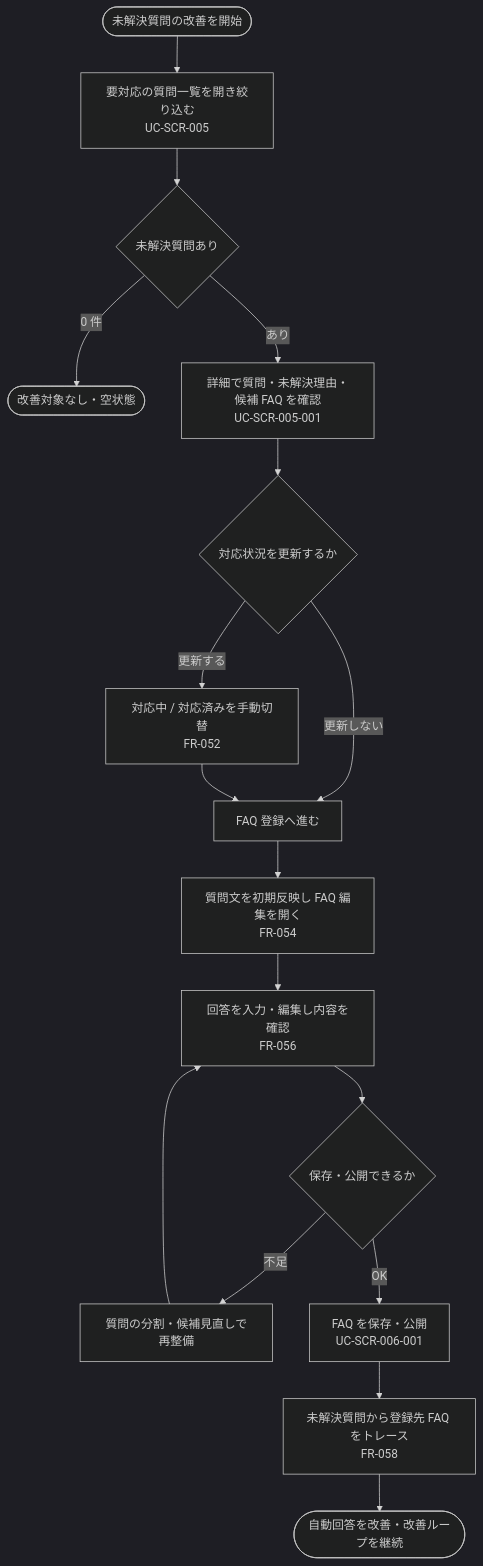
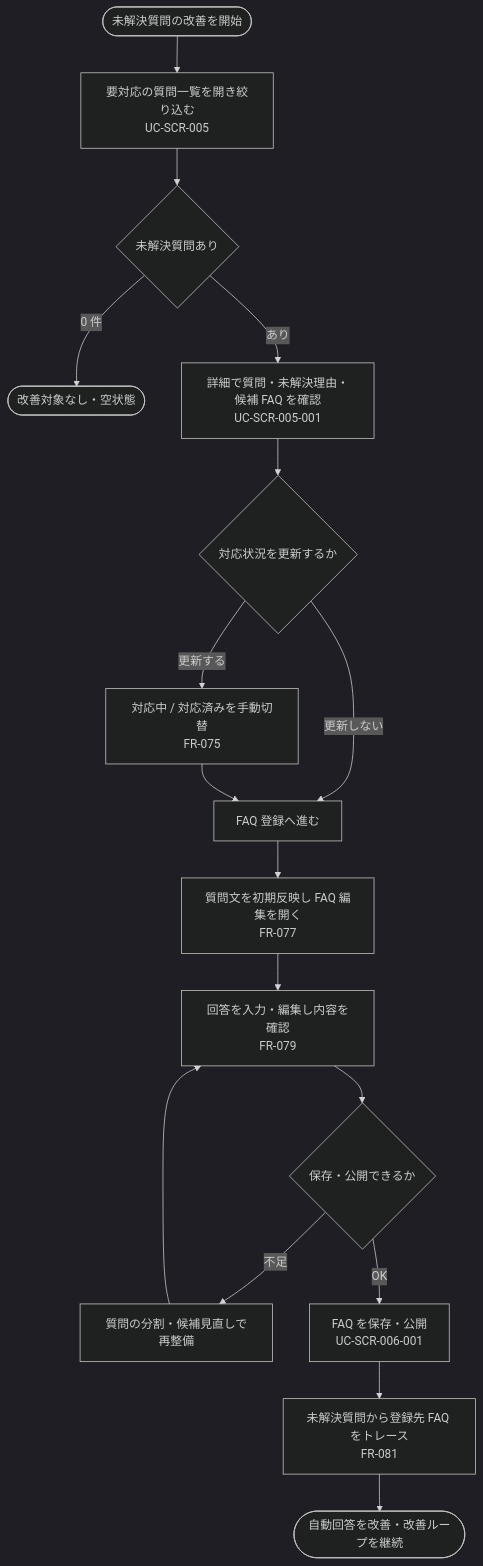
One commit to sikakou54/open-faq changed the diagram in 01_requirements/02_business_usecases/UC-BIZ-009.md. Above: the diagram before and after it, drawn with Mermaid (dark theme). The commit also changed other lines of this file and 571 other files, not shown here.

````diff
--- a/01_requirements/02_business_usecases/UC-BIZ-009.md
+++ b/01_requirements/02_business_usecases/UC-BIZ-009.md
@@ -68,19 +68,19 @@
 ```mermaid
 flowchart TD
   S([未解決質問の改善を開始]) --> L[要対応の質問一覧を開き絞り込む<br/>UC-SCR-005]
   L --> EM{未解決質問あり}
   EM -->|0 件| EN0([改善対象なし・空状態])
   EM -->|あり| D[詳細で質問・未解決理由・候補 FAQ を確認<br/>UC-SCR-005-001]
   D --> ST{対応状況を更新するか}
-  ST -->|更新する| UP[対応中 / 対応済みを手動切替<br/>FR-052]
+  ST -->|更新する| UP[対応中 / 対応済みを手動切替<br/>FR-075]
   ST -->|更新しない| F0
   UP --> F0[FAQ 登録へ進む]
-  F0 --> EDIT[質問文を初期反映し FAQ 編集を開く<br/>FR-054]
-  EDIT --> ANS[回答を入力・編集し内容を確認<br/>FR-056]
+  F0 --> EDIT[質問文を初期反映し FAQ 編集を開く<br/>FR-077]
+  EDIT --> ANS[回答を入力・編集し内容を確認<br/>FR-079]
   ANS --> OK{保存・公開できるか}
   OK -->|不足| RE[質問の分割・候補見直しで再整備]
   RE --> ANS
   OK -->|OK| PUB[FAQ を保存・公開<br/>UC-SCR-006-001]
-  PUB --> TR[未解決質問から登録先 FAQ をトレース<br/>FR-058]
+  PUB --> TR[未解決質問から登録先 FAQ をトレース<br/>FR-081]
   TR --> EN([自動回答を改善・改善ループを継続])
 ```
````
